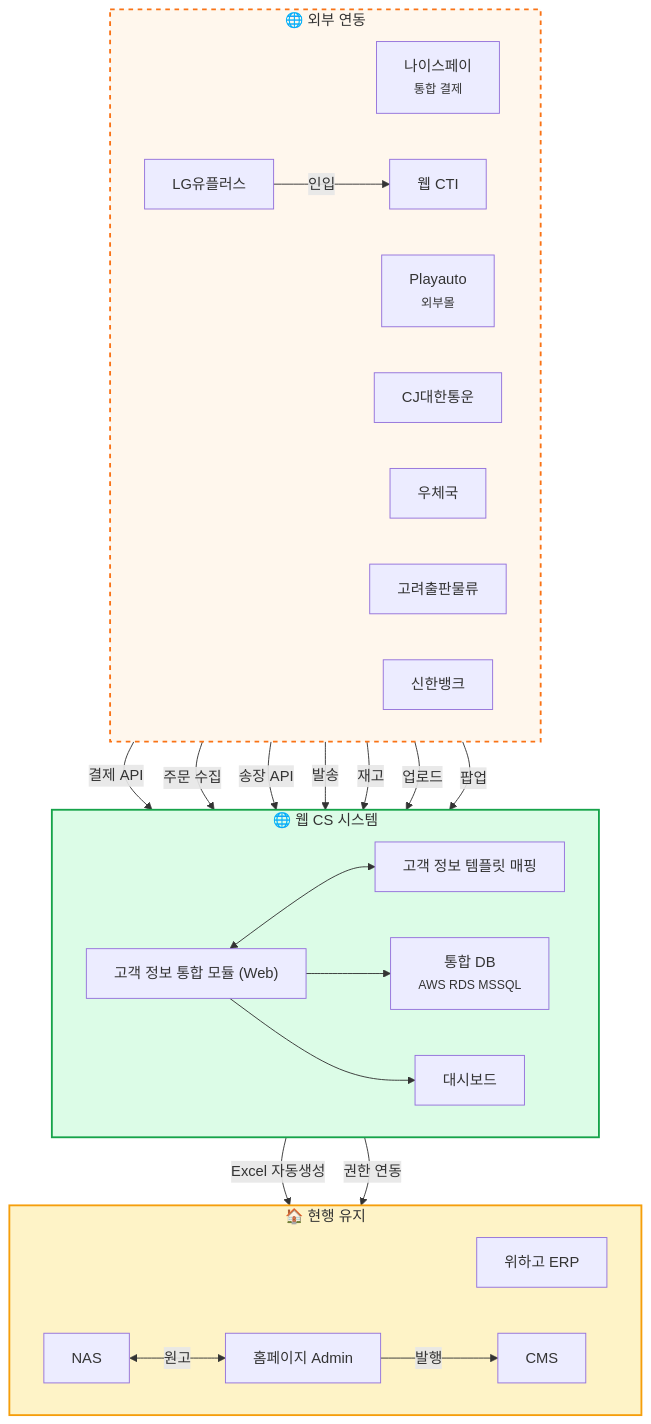
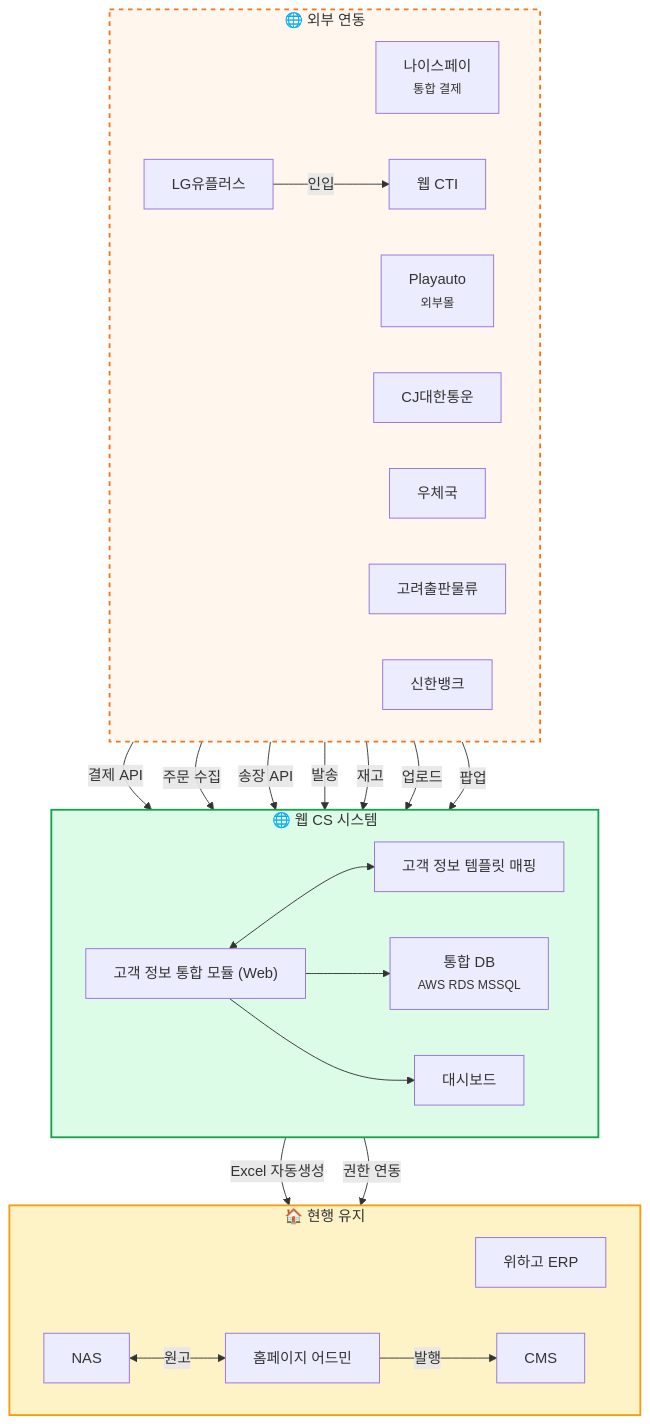
The seventh of 7 diagrams in src/content/docs/goodthinking-isp/04-design/entity-map-tobe.md (sknkwoxs/manual-book), drawn with Mermaid before and after one commit. The commit also changed other lines of this file and 27 other files, not shown here.

````diff
--- a/src/content/docs/goodthinking-isp/04-design/entity-map-tobe.md
+++ b/src/content/docs/goodthinking-isp/04-design/entity-map-tobe.md
@@ -399,56 +399,56 @@
 ```mermaid
 flowchart TB
     subgraph EXTERNAL["🌐 외부 연동"]
         direction LR
         NICE["나이스페이<br/><small>통합 결제</small>"]
         PLAY["Playauto<br/><small>외부몰</small>"]
         CJ["CJ대한통운"]
         POST["우체국"]
         KORYO["고려출판물류"]
         BANK["신한뱅크"]
         LG["LG유플러스"]
         CTI["웹 CTI"]
     end
 
     subgraph CORE["🌐 웹 CS 시스템"]
         direction LR
         ADMIN["고객 정보 통합 모듈 (Web)"]
         API["고객 정보 템플릿 매핑"]
         DB["통합 DB<br/><small>AWS RDS MSSQL</small>"]
         DASH["대시보드"]
 
         ADMIN <--> API
         ADMIN --> DB
         ADMIN --> DASH
     end
 
     subgraph LEGACY["🏠 현행 유지"]
         direction LR
         ERP["위하고 ERP"]
-        HP_ADMIN["홈페이지 Admin"]
+        HP_ADMIN["홈페이지 어드민"]
         CMS["CMS"]
         NAS["NAS"]
     end
 
     %% 외부 → 웹 CS 시스템
     NICE -->|"결제 API"| API
     PLAY -->|"주문 수집"| API
     CJ -->|"송장 API"| API
     POST -->|"발송"| API
     KORYO -->|"재고"| API
     BANK -->|"업로드"| API
     LG -->|"인입"| CTI
     CTI -->|"팝업"| ADMIN
 
     %% 웹 CS 시스템 → 현행 유지
     API -->|"Excel 자동생성"| ERP
     API -->|"권한 연동"| CMS
 
     %% 콘텐츠 시스템
     NAS <-->|"원고"| HP_ADMIN
     HP_ADMIN -->|"발행"| CMS
 
     style CORE fill:#dcfce7,stroke:#16a34a,stroke-width:2px
     style LEGACY fill:#fef3c7,stroke:#f59e0b,stroke-width:2px
     style EXTERNAL fill:#fff7ed,stroke:#f97316,stroke-width:2px,stroke-dasharray: 5 5
 ```
````
